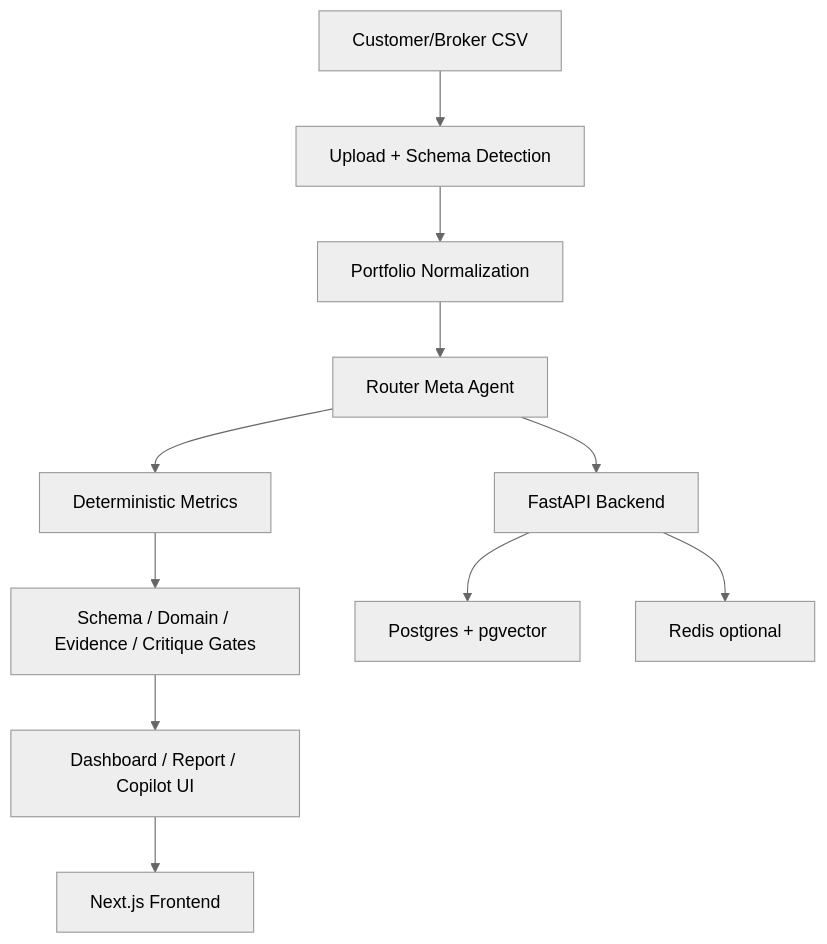
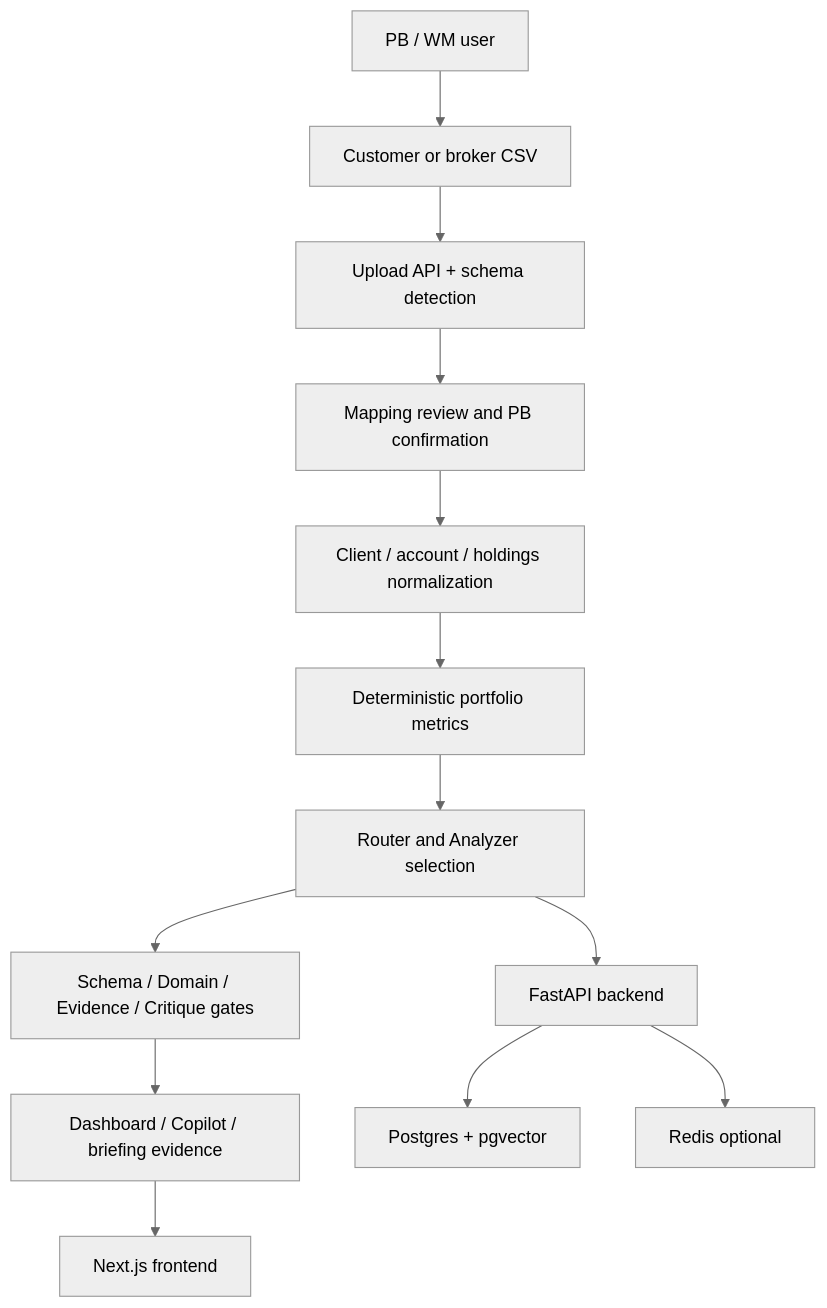
The diagram in README.md (pentacon-dashboard/hacker-dashboard), drawn with Mermaid (neutral theme) before and after one commit. The commit also changed other lines of this file, not shown here.

````diff
--- a/README.md
+++ b/README.md
@@ -53,14 +81,16 @@
 ```mermaid
 graph TB
-    CSV["Customer/Broker CSV"] --> Upload["Upload + Schema Detection"]
-    Upload --> Normalize["Portfolio Normalization"]
-    Normalize --> Router["Router Meta Agent"]
-    Router --> Metrics["Deterministic Metrics"]
-    Metrics --> Gates["Schema / Domain / Evidence / Critique Gates"]
-    Gates --> UI["Dashboard / Report / Copilot UI"]
+    PB["PB / WM user"] --> CSV["Customer or broker CSV"]
+    CSV --> Upload["Upload API + schema detection"]
+    Upload --> Review["Mapping review and PB confirmation"]
+    Review --> Normalize["Client / account / holdings normalization"]
+    Normalize --> Metrics["Deterministic portfolio metrics"]
+    Metrics --> Router["Router and Analyzer selection"]
+    Router --> Gates["Schema / Domain / Evidence / Critique gates"]
+    Gates --> UI["Dashboard / Copilot / briefing evidence"]
 
-    UI --> FE["Next.js Frontend"]
-    Router --> BE["FastAPI Backend"]
+    UI --> FE["Next.js frontend"]
+    Router --> BE["FastAPI backend"]
     BE --> DB["Postgres + pgvector"]
     BE --> Cache["Redis optional"]
 ```
````
